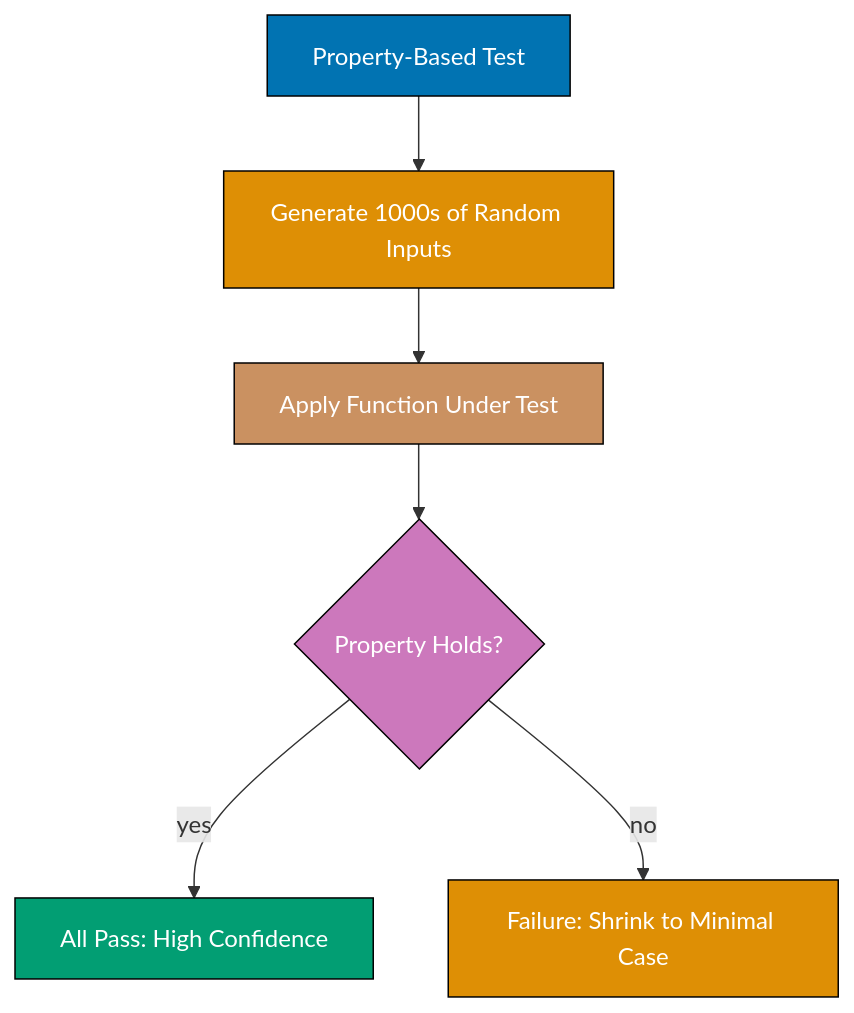
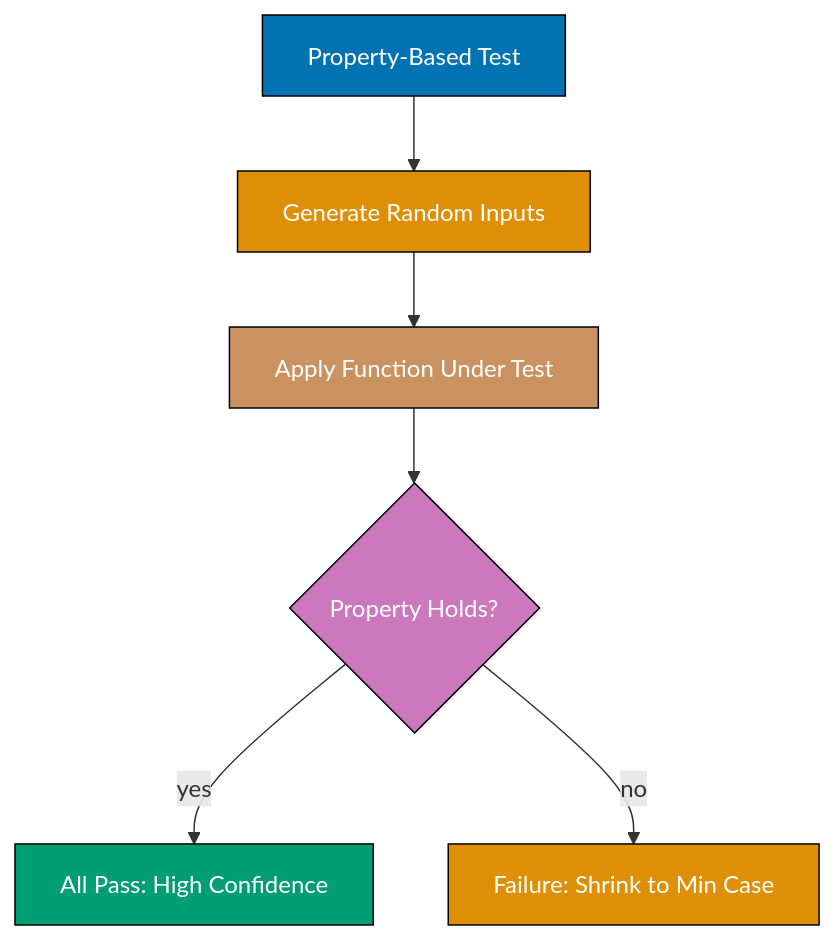
Before and after one commit to wahidyankf/open-sharia-enterprise: the sixth of 12 diagrams in apps/ayokoding-web/content/en/learn/software-engineering/development/test-driven-development-tdd/by-example/intermediate.md, drawn with Mermaid. The commit also changed other lines of this file and 16 other files, not shown here.

First line of the commit message:
fix(content): fix 46 pre-existing Mermaid violations in tutorial files

````diff
--- a/apps/ayokoding-web/content/en/learn/software-engineering/development/test-driven-development-tdd/by-example/intermediate.md
+++ b/apps/ayokoding-web/content/en/learn/software-engineering/development/test-driven-development-tdd/by-example/intermediate.md
@@ -1249,21 +1249,21 @@
 ```mermaid
 %% Color Palette: Blue #0173B2, Orange #DE8F05, Teal #029E73, Purple #CC78BC
 graph TD
     A[Property-Based Test]
-    B[Generate 1000s of Random Inputs]
+    B[Generate Random Inputs]
     C[Apply Function Under Test]
     D{Property Holds?}
     E[All Pass: High Confidence]
-    F[Failure: Shrink to Minimal Case]
+    F[Failure: Shrink to Min Case]
 
     A --> B --> C --> D
     D -->|"yes"| E
     D -->|"no"| F
 
     style A fill:#0173B2,stroke:#000,color:#fff
     style B fill:#DE8F05,stroke:#000,color:#fff
     style C fill:#CA9161,stroke:#000,color:#fff
     style D fill:#CC78BC,stroke:#000,color:#fff
     style E fill:#029E73,stroke:#000,color:#fff
     style F fill:#DE8F05,stroke:#000,color:#fff
 ```
````
